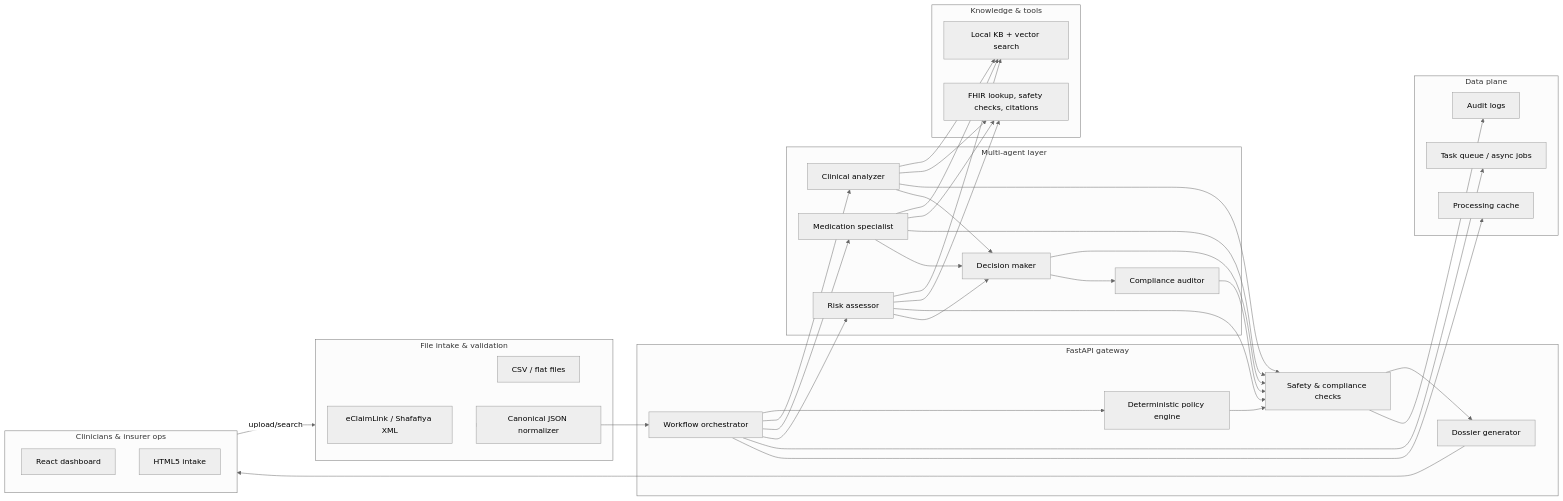
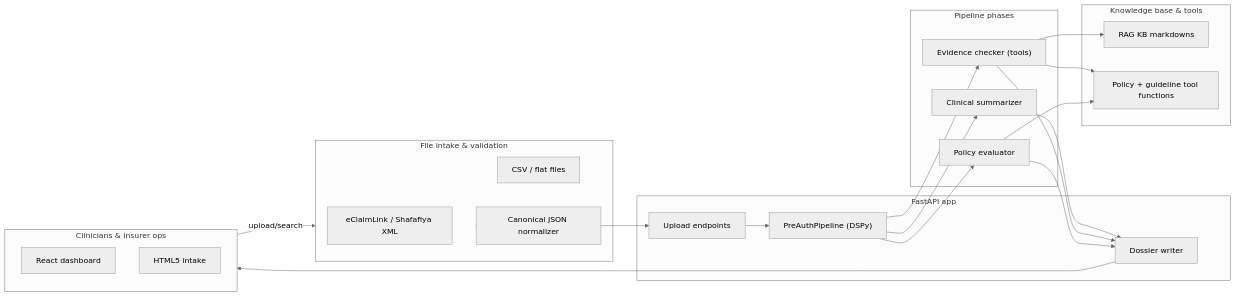
The diagram in README.md (kargarisaac/preauth-healthcare-ai-triage), drawn with Mermaid (neutral theme) before and after one commit. The commit also changed other lines of this file, not shown here.

Commit message:
docs: align architecture with current pipeline

````diff
--- a/README.md
+++ b/README.md
@@ -54,67 +54,43 @@
 ```mermaid
 flowchart LR
   subgraph Clients["Clinicians & insurer ops"]
     WebUI["React dashboard"]
     HTMLUI["HTML5 intake"]
   end
 
   subgraph Intake["File intake & validation"]
     XML["eClaimLink / Shafafiya XML"]
     CSV["CSV / flat files"]
     Canonical["Canonical JSON normalizer"]
   end
 
-  subgraph API["FastAPI gateway"]
-    Orchestrator["Workflow orchestrator"]
-    Policy["Deterministic policy engine"]
-    Safety["Safety & compliance checks"]
-    Dossier["Dossier generator"]
+  subgraph API["FastAPI app"]
+    Ingest["Upload endpoints"]
+    Pipeline["PreAuthPipeline (DSPy)"]
+    Dossier["Dossier writer"]
   end
 
-  subgraph Agents["Multi-agent layer"]
-    Clin["Clinical analyzer"]
-    Meds["Medication specialist"]
-    Risk["Risk assessor"]
-    Decide["Decision maker"]
-    Comp["Compliance auditor"]
+  subgraph DSPy["Pipeline phases"]
+    Clin["Clinical summarizer"]
+    Evidence["Evidence checker (tools)"]
+    Policy["Policy evaluator"]
   end
 
-  subgraph Intelligence["Knowledge & tools"]
-    KB["Local KB + vector search"]
-    Tools["FHIR lookup, safety checks, citations"]
-  end
-
-  subgraph Data["Data plane"]
-    Queue["Task queue / async jobs"]
-    Cache["Processing cache"]
-    Audit["Audit logs"]
+  subgraph Intelligence["Knowledge base & tools"]
+    KB["RAG KB markdowns"]
+    Tools["Policy + guideline tool functions"]
   end
 
   Clients -->|upload/search| Intake
-  Intake --> Canonical --> Orchestrator
-  Orchestrator --> Policy
-  Orchestrator --> Clin
-  Orchestrator --> Meds
-  Orchestrator --> Risk
-  Clin --> KB
-  Meds --> KB
-  Risk --> KB
-  Clin --> Tools
-  Meds --> Tools
-  Risk --> Tools
-  Policy --> Safety
-  Clin --> Safety
-  Meds --> Safety
-  Risk --> Safety
-  Decide --> Safety
-  Comp --> Safety
-  Clin --> Decide
-  Meds --> Decide
-  Risk --> Decide
-  Decide --> Comp
-  Safety --> Dossier
+  Intake --> Canonical --> Ingest --> Pipeline
+  Pipeline --> Clin
+  Pipeline --> Evidence
+  Pipeline --> Policy
+  Evidence --> KB
+  Evidence --> Tools
+  Policy --> Tools
+  Clin --> Dossier
+  Evidence --> Dossier
+  Policy --> Dossier
   Dossier --> Clients
-  Orchestrator --> Queue
-  Orchestrator --> Cache
-  Safety --> Audit
 ```
````
